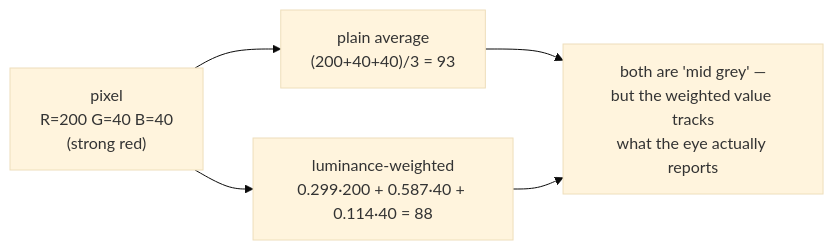
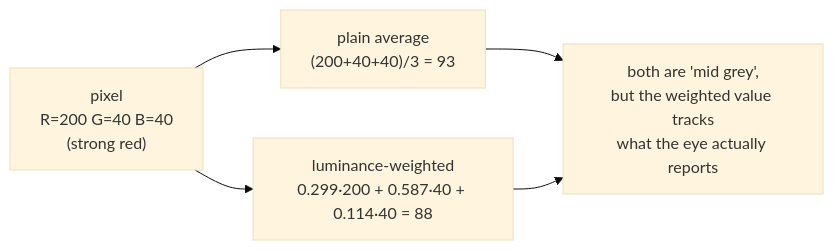
One commit to jennarbates/StratigraphyGenerator changed the diagram in docs/cs/grayscale-conversion.md. Above: the diagram before and after it, drawn with Mermaid (base theme). The commit also changed other lines of this file and 309 other files, not shown here.

````diff
--- a/docs/cs/grayscale-conversion.md
+++ b/docs/cs/grayscale-conversion.md
@@ -36,10 +36,10 @@
 ```mermaid
 flowchart LR
   P["pixel<br/>R=200 G=40 B=40<br/>(strong red)"]
   Avg["plain average<br/>(200+40+40)/3 = 93"]
   Lum["luminance-weighted<br/>0.299·200 + 0.587·40 + 0.114·40 = 88"]
   P --> Avg
   P --> Lum
-  Avg --> Note["both are 'mid grey' —<br/>but the weighted value tracks<br/>what the eye actually reports"]
+  Avg --> Note["both are 'mid grey',<br/>but the weighted value tracks<br/>what the eye actually reports"]
   Lum --> Note
 ```
````
